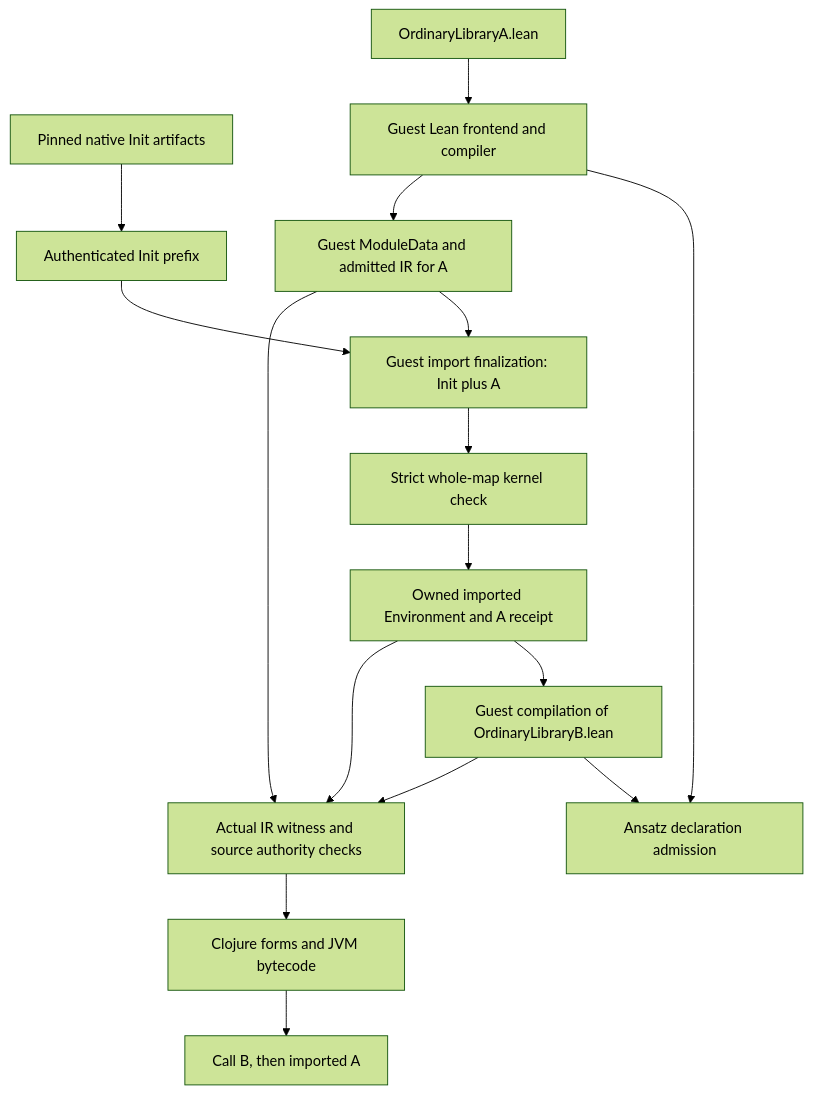
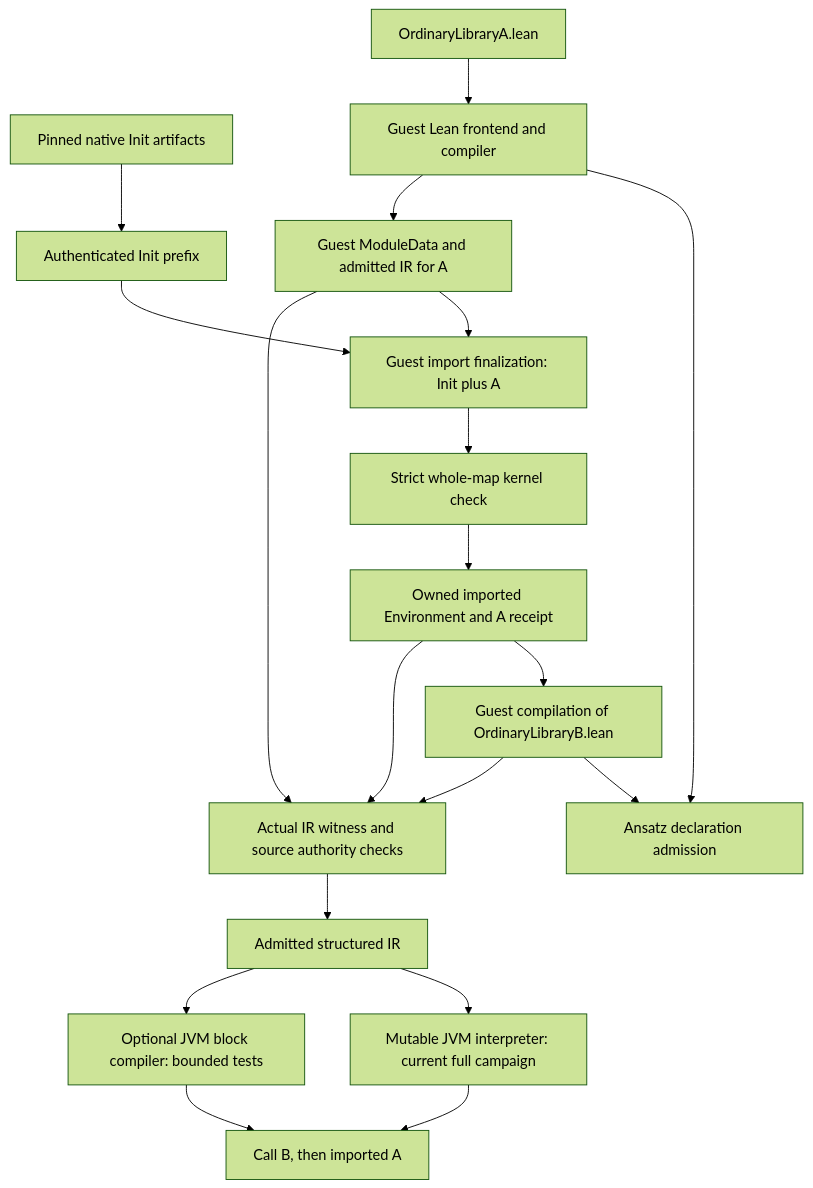
The diagram in experiments/lean-ir/research/HOSTED_SOURCE_MODULES.md (replikativ/ansatz), drawn with Mermaid (forest theme) before and after one commit. The commit also changed other lines of this file and 6 other files, not shown here.

````diff
--- a/experiments/lean-ir/research/HOSTED_SOURCE_MODULES.md
+++ b/experiments/lean-ir/research/HOSTED_SOURCE_MODULES.md
@@ -11,18 +24,21 @@
 ```mermaid
 flowchart TD
   N[Pinned native Init artifacts] --> P[Authenticated Init prefix]
   A[OrdinaryLibraryA.lean] --> C[Guest Lean frontend and compiler]
   C --> K[Ansatz declaration admission]
   C --> D[Guest ModuleData and admitted IR for A]
   P --> F[Guest import finalization: Init plus A]
   D --> F
   F --> V[Strict whole-map kernel check]
   V --> E[Owned imported Environment and A receipt]
   E --> B[Guest compilation of OrdinaryLibraryB.lean]
   B --> K
   B --> W[Actual IR witness and source authority checks]
   D --> W
   E --> W
-  W --> J[Clojure forms and JVM bytecode]
-  J --> R[Call B, then imported A]
+  W --> J[Admitted structured IR]
+  J --> M[Mutable JVM interpreter: current full campaign]
+  J --> C2[Optional JVM block compiler: bounded tests]
+  M --> R[Call B, then imported A]
+  C2 --> R
 ```
````
